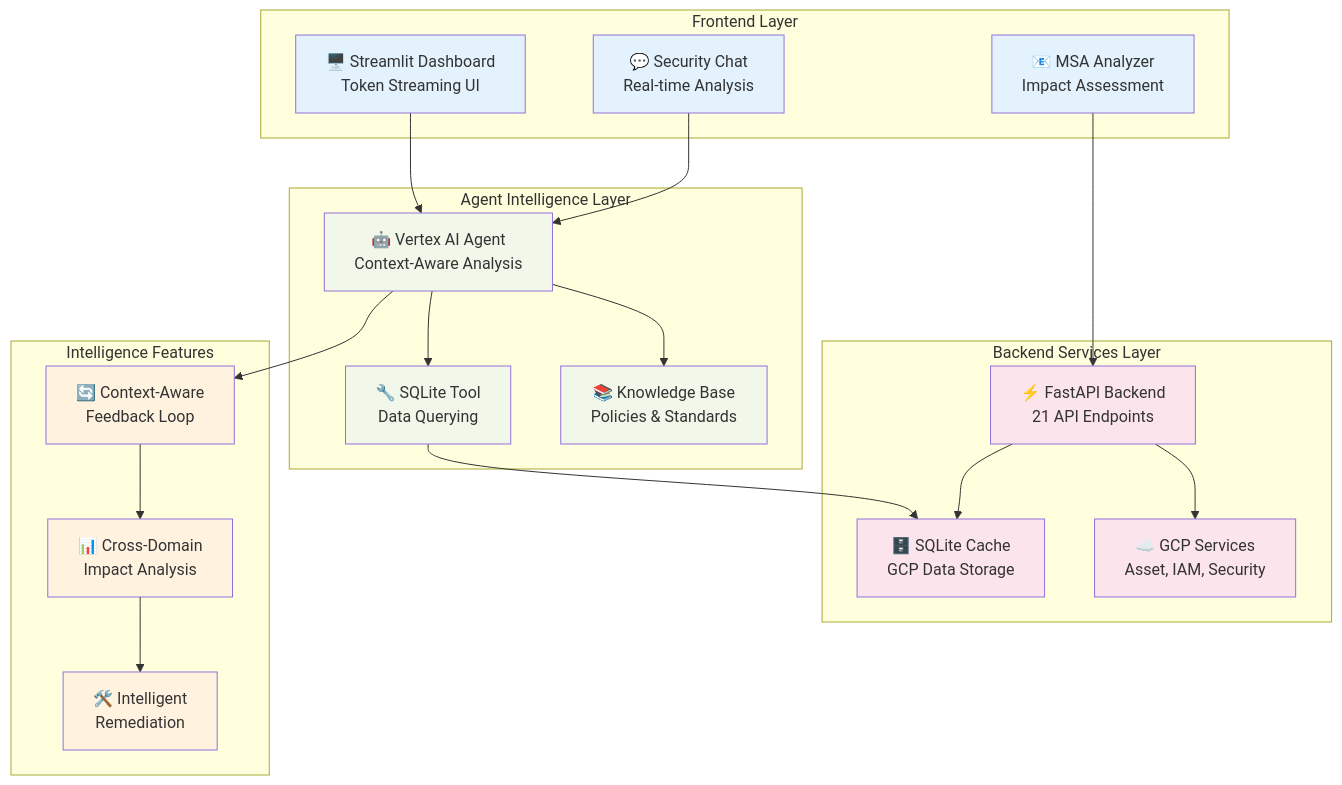
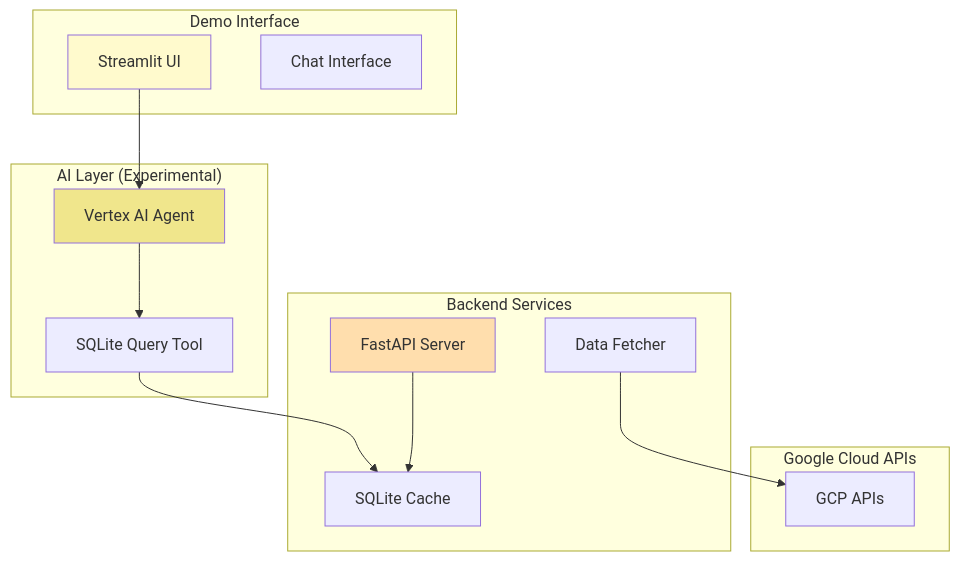
Before and after one commit to google/adk-python: the diagram in README.md, drawn with Mermaid. The commit also changed other lines of this file, not shown here.

````diff
--- a/README.md
+++ b/README.md
@@ -174,48 +118,32 @@
 ```mermaid
 flowchart TB
-    subgraph "Frontend Layer"
-        UI["🖥️ Streamlit Dashboard<br/>Token Streaming UI"]
-        CHAT["💬 Security Chat<br/>Real-time Analysis"]
-        MSA["📧 MSA Analyzer<br/>Impact Assessment"]
+    subgraph "Demo Interface"
+        UI[Streamlit UI]
+        CHAT[Chat Interface]
     end
     
-    subgraph "Agent Intelligence Layer"
-        AGENT["🤖 Vertex AI Agent<br/>Context-Aware Analysis"]
-        TOOLS["🔧 SQLite Tool<br/>Data Querying"]
-        KB["📚 Knowledge Base<br/>Policies & Standards"]
+    subgraph "AI Layer (Experimental)"
+        AGENT[Vertex AI Agent]
+        TOOL[SQLite Query Tool]
     end
     
-    subgraph "Backend Services Layer"
-        API["⚡ FastAPI Backend<br/>21 API Endpoints"]
-        CACHE["🗄️ SQLite Cache<br/>GCP Data Storage"]
-        GCP["☁️ GCP Services<br/>Asset, IAM, Security"]
+    subgraph "Backend Services"
+        API[FastAPI Server]
+        CACHE[SQLite Cache]
+        FETCH[Data Fetcher]
     end
     
-    subgraph "Intelligence Features"
-        CONTEXT["🔄 Context-Aware<br/>Feedback Loop"]
-        IMPACT["📊 Cross-Domain<br/>Impact Analysis"]
-        REMEDIATE["🛠️ Intelligent<br/>Remediation"]
+    subgraph "Google Cloud APIs"
+        GCP[GCP APIs]
     end
     
     UI --> AGENT
-    CHAT --> AGENT
-    MSA --> API
-    AGENT --> TOOLS
-    AGENT --> KB
-    TOOLS --> CACHE
+    AGENT --> TOOL
+    TOOL --> CACHE
     API --> CACHE
-    API --> GCP
-    AGENT --> CONTEXT
-    CONTEXT --> IMPACT
-    IMPACT --> REMEDIATE
+    FETCH --> GCP
     
-    classDef frontend fill:#e3f2fd
-    classDef agent fill:#f1f8e9
-    classDef backend fill:#fce4ec
-    classDef intelligence fill:#fff3e0
-    
-    class UI,CHAT,MSA frontend
-    class AGENT,TOOLS,KB agent
-    class API,CACHE,GCP backend
-    class CONTEXT,IMPACT,REMEDIATE intelligence
+    style UI fill:#fffacd
+    style AGENT fill:#f0e68c
+    style API fill:#ffdead
 ```
````
